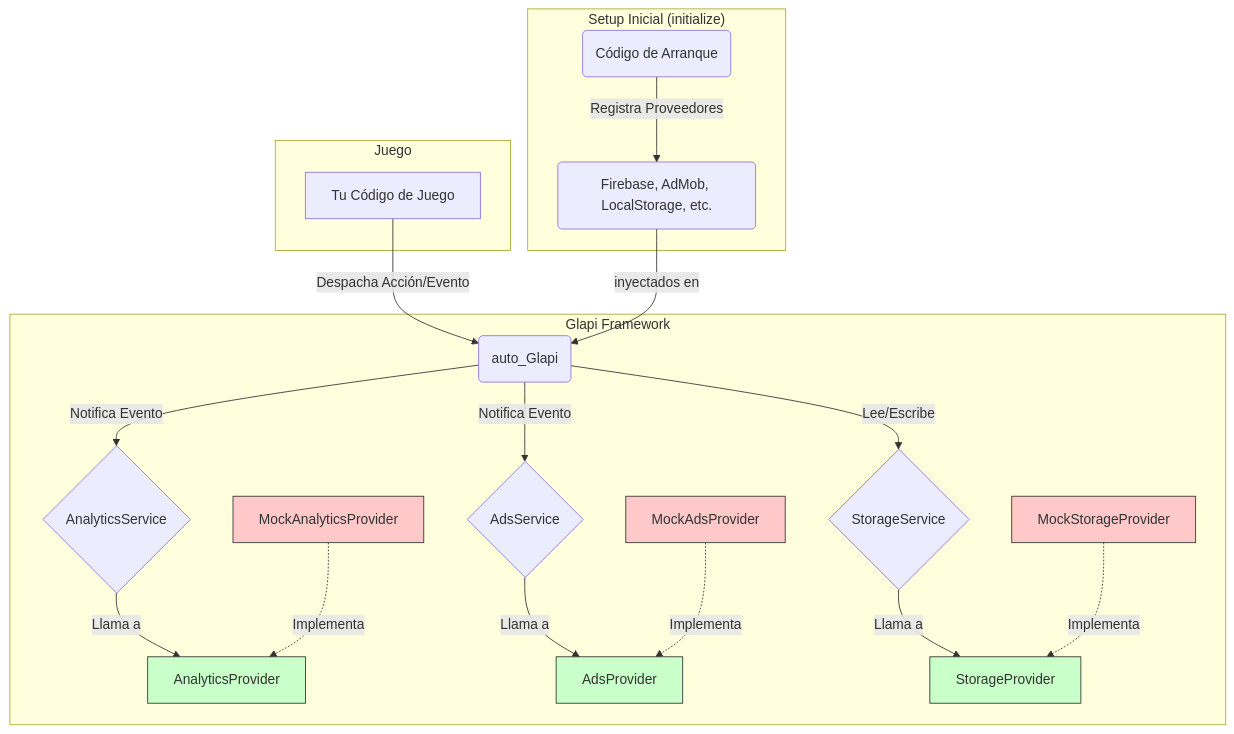
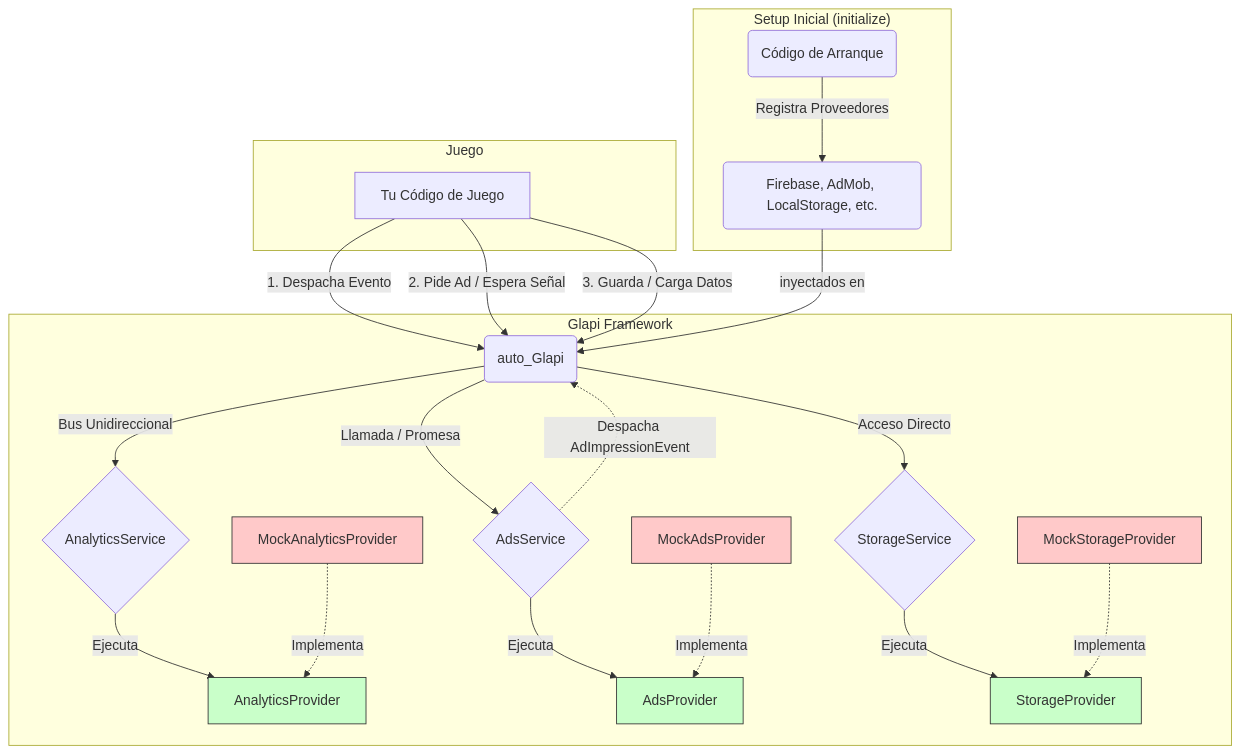
Before and after one commit to SrColoma/Glapi-framework: the diagram in README.md, drawn with Mermaid. The commit also changed other lines of this file and 15 other files, not shown here.

````diff
--- a/README.md
+++ b/README.md
@@ -13,52 +15,58 @@
 ```mermaid
 graph TD
-    subgraph Juego
-        A[Tu Código de Juego]
-    end
+	subgraph Juego
+		A[Tu Código de Juego]
+	end
 
-    subgraph Glapi Framework
-        B(auto_Glapi)
-        
-        C{AnalyticsService}
-        D{AdsService}
-        K{StorageService}
-        
-        E[AnalyticsProvider]
-        F[AdsProvider]
-        L[StorageProvider]
-        
-        G[MockAnalyticsProvider]
-        H[MockAdsProvider]
-        M[MockStorageProvider]
-    end
+	subgraph Glapi Framework
+		B(auto_Glapi)
+		
+		C{AnalyticsService}
+		D{AdsService}
+		K{StorageService}
+		
+		E[AnalyticsProvider]
+		F[AdsProvider]
+		L[StorageProvider]
+		
+		G[MockAnalyticsProvider]
+		H[MockAdsProvider]
+		M[MockStorageProvider]
+	end
 
-    A -- Despacha Acción/Evento --> B
-    
-    B -- Notifica Evento --> C
-    B -- Notifica Evento --> D
-    B -- Lee/Escribe --> K
-    
-    C -- Llama a --> E
-    D -- Llama a --> F
-    K -- Llama a --> L
-    
-    %% Relaciones de implementación de los Mocks
-    G -. Implementa .-> E
-    H -. Implementa .-> F
-    M -. Implementa .-> L
+	%% Flujos desde el Juego
+	A -- 1. Despacha Evento --> B
+	A -- 2. Pide Ad / Espera Señal --> B
+	A -- 3. Guarda / Carga Datos --> B
+	
+	%% Enrutamiento interno de Glapi
+	B -- Bus Unidireccional --> C
+	B -- Llamada / Promesa --> D
+	B -- Acceso Directo --> K
+	
+	%% Magia interna: Ads avisa a Analytics silenciosamente
+	D -. Despacha AdImpressionEvent .-> B
+	
+	%% Servicios a Providers
+	C -- Ejecuta --> E
+	D -- Ejecuta --> F
+	K -- Ejecuta --> L
+	
+	%% Relaciones de implementación de los Mocks
+	G -. Implementa .-> E
+	H -. Implementa .-> F
+	M -. Implementa .-> L
 
-    subgraph "Setup Inicial (initialize)"
-        I(Código de Arranque) -- Registra Proveedores --> J(Firebase, AdMob, LocalStorage, etc.)
-        J -- inyectados en --> B
-    end
+	subgraph "Setup Inicial (initialize)"
+		I(Código de Arranque) -- Registra Proveedores --> J(Firebase, AdMob, LocalStorage, etc.)
+		J -- inyectados en --> B
+	end
 
-    %% Estilos de los Providers (Verdes)
-    style E fill:#c9ffc9,stroke:#333
-    style F fill:#c9ffc9,stroke:#333
-    style L fill:#c9ffc9,stroke:#333
-    
-    %% Estilos de los Mocks (Rojos/Rosados)
-    style G fill:#ffc9c9,stroke:#333
-    style H fill:#ffc9c9,stroke:#333
-    style M fill:#ffc9c9,stroke:#333
+	%% Estilos
+	style E fill:#c9ffc9,stroke:#333
+	style F fill:#c9ffc9,stroke:#333
+	style L fill:#c9ffc9,stroke:#333
+	style G fill:#ffc9c9,stroke:#333
+	style H fill:#ffc9c9,stroke:#333
+	style M fill:#ffc9c9,stroke:#333
 ```
````
